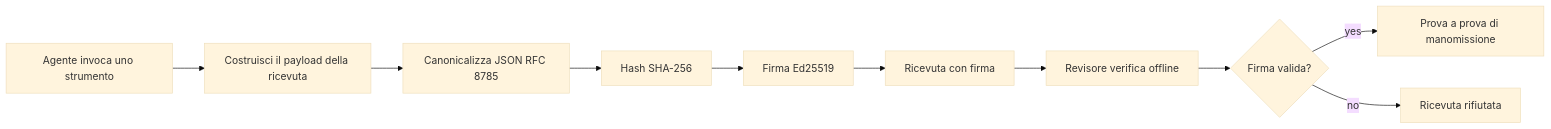
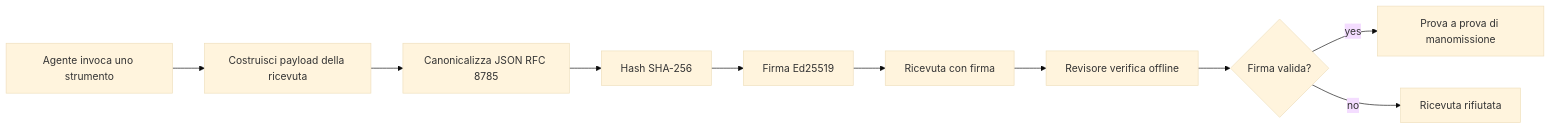
One commit to gabrielmoreira/agent-skills-mirror changed the first of 2 diagrams in mirrors/repos/microsoft@ai-agents-for-beginners/translations/it/18-securing-ai-agents/README.md. Above: the diagram before and after it, drawn with Mermaid (base theme). The commit also changed other lines of this file and 2285 other files, not shown here.

````diff
--- a/mirrors/repos/microsoft@ai-agents-for-beginners/translations/it/18-securing-ai-agents/README.md
+++ b/mirrors/repos/microsoft@ai-agents-for-beginners/translations/it/18-securing-ai-agents/README.md
@@ -51,12 +51,12 @@
 ```mermaid
 flowchart LR
-    A[Agente invoca uno strumento] --> B[Costruisci il payload della ricevuta]
+    A[Agente invoca uno strumento] --> B[Costruisci payload della ricevuta]
     B --> C[Canonicalizza JSON RFC 8785]
     C --> D[Hash SHA-256]
     D --> E[Firma Ed25519]
     E --> F[Ricevuta con firma]
     F --> G[Revisore verifica offline]
     G --> H{Firma valida?}
     H -- yes --> I[Prova a prova di manomissione]
     H -- no --> J[Ricevuta rifiutata]
 ```
````
